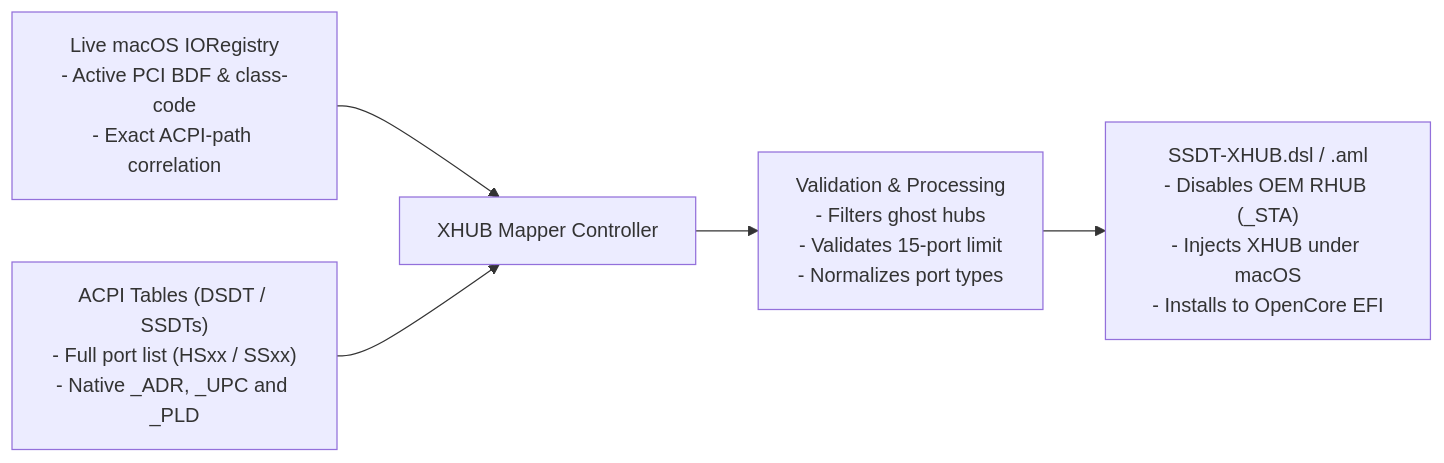
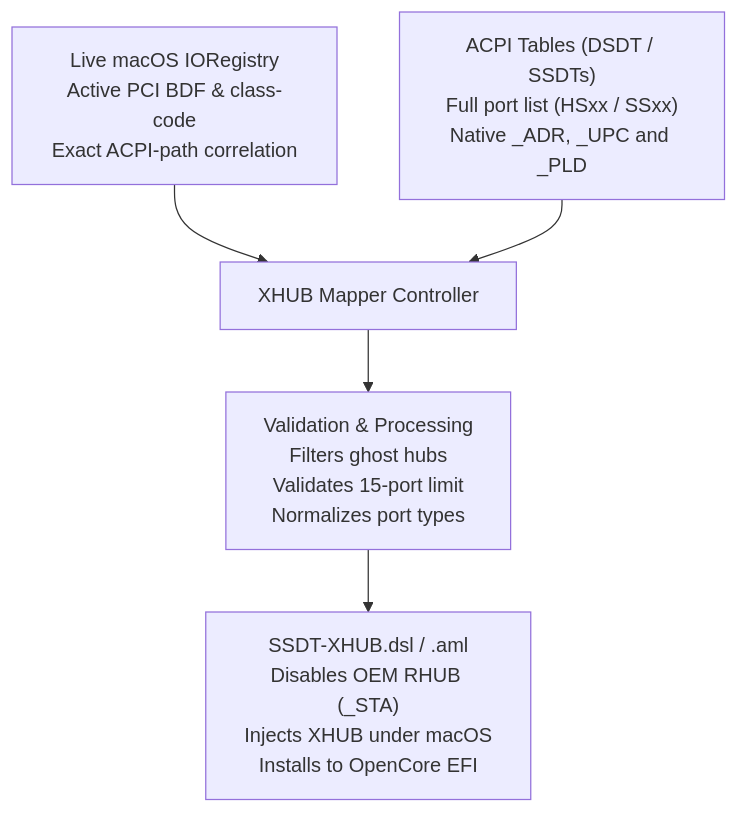
One commit to 5T33Z0/XHUB-Mapper changed the diagram in README.md. Above: the diagram before and after it, drawn with Mermaid.

Commit message:
Refactor flowchart syntax in README.md
Updated the flowchart configuration and formatting in the README.

````diff
--- a/README.md
+++ b/README.md
@@ -30,12 +29,19 @@
 ```mermaid
-flowchart LR
-    A["Live macOS IORegistry<br/>- Active PCI BDF & class-code<br/>- Exact ACPI-path correlation"]
-    B["ACPI Tables (DSDT / SSDTs)<br/>- Full port list (HSxx / SSxx)<br/>- Native _ADR, _UPC and _PLD"]
+---
+config:
+  theme: default
+  look: classic
+  layout: dagre
+---
+flowchart TD
+    A["Live macOS IORegistry<br/>Active PCI BDF & class-code<br/>Exact ACPI-path correlation"]
+    B["ACPI Tables (DSDT / SSDTs)<br/>Full port list (HSxx / SSxx)<br/>Native _ADR, _UPC and _PLD"]
 
     A --> C["XHUB Mapper Controller"]
     B --> C
 
-    C --> D["Validation & Processing<br/>- Filters ghost hubs<br/>- Validates 15-port limit<br/>- Normalizes port types"]
+    C --> D["Validation & Processing<br/>Filters ghost hubs<br/>Validates 15-port limit<br/>Normalizes port types"]
 
-    D --> E["SSDT-XHUB.dsl / .aml<br/>- Disables OEM RHUB (_STA)<br/>- Injects XHUB under macOS<br/>- Installs to OpenCore EFI"]
+    D --> E["SSDT-XHUB.dsl / .aml<br/>Disables OEM RHUB (_STA)<br/>Injects XHUB under macOS<br/>Installs to OpenCore EFI"]
+
 ```
````
